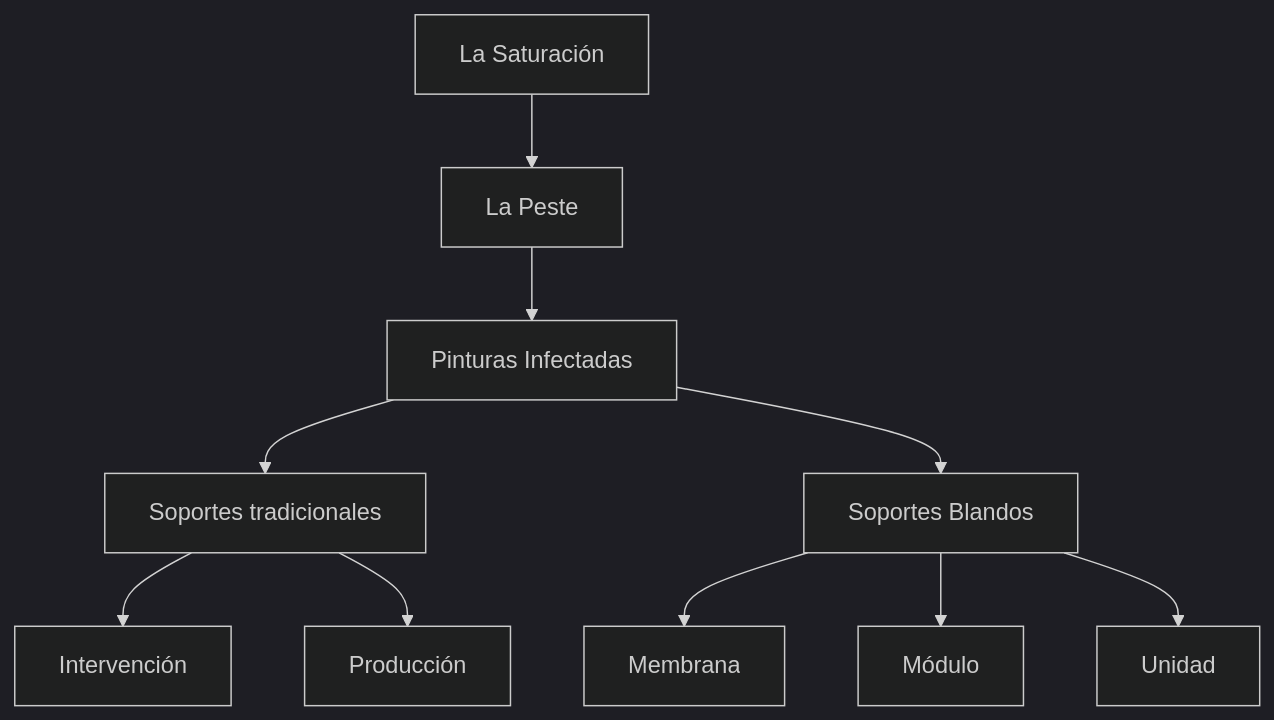
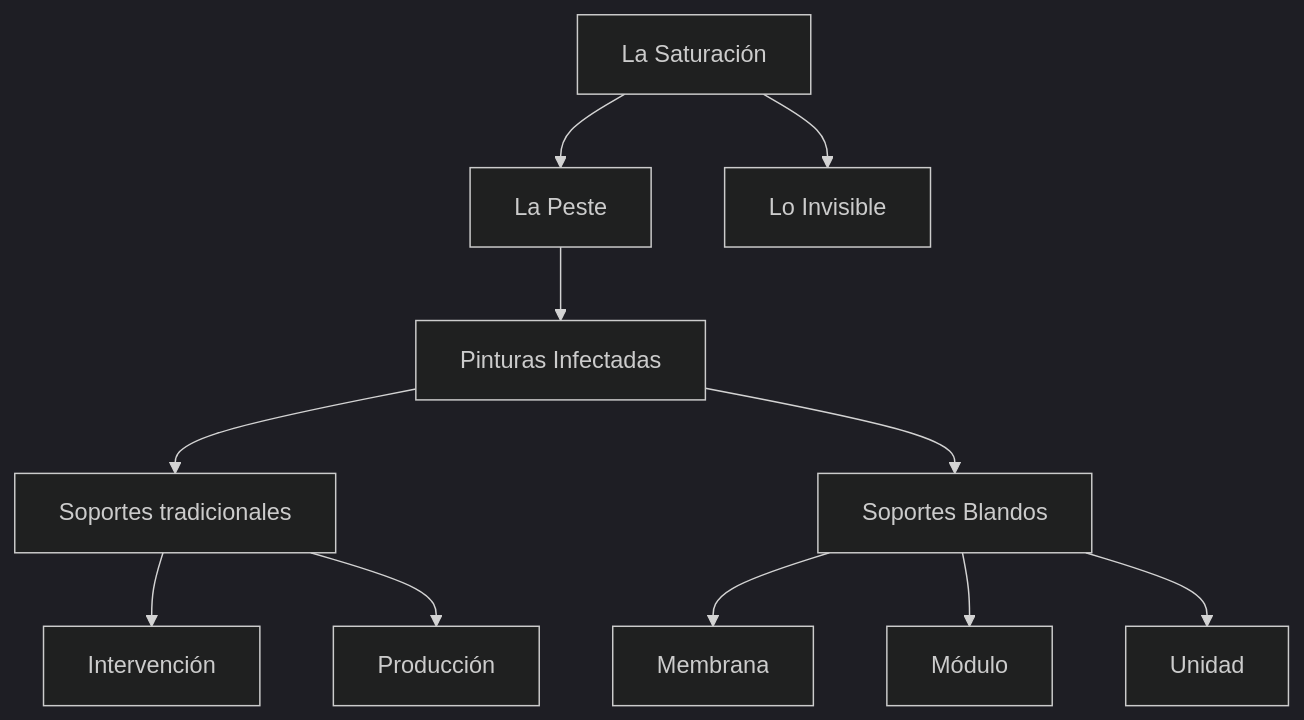
The diagram in ES/peste-pinturas-infectadas.md (EGGS-Artesvisuales/EGGS-Artesvisuales.github.io), drawn with Mermaid (dark theme) before and after one commit.

```diff
--- a/ES/peste-pinturas-infectadas.md
+++ b/ES/peste-pinturas-infectadas.md
@@ -34,23 +34,25 @@
 <div class="mermaid">
 graph TD
   A[La Saturación] --> B[La Peste]
+  A --> X[Lo Invisible]
+
   B --> C[Pinturas Infectadas]
   C --> D[Soportes tradicionales]
   D --> D1[Intervención]
   D --> D2[Producción]
   C --> E[Soportes Blandos]
   E --> E1[Membrana]
   E --> E2[Módulo]
   E --> E3[Unidad]
 
   click A "/es/saturacion.html"
   click B "/es/la-peste.html"
   click C "/es/peste-pinturas-infectadas.html"
   click D "/es/pinturas-infectadas.html"
   click D1 "/es/intervenciones.html"
   click D2 "/es/produccion.html"
   click E "/es/soportes-blandos.html"
   click E1 "/es/membrana.html"
   click E2 "/es/modulo.html"
   click E3 "/es/unidad.html"
 </div>
```
